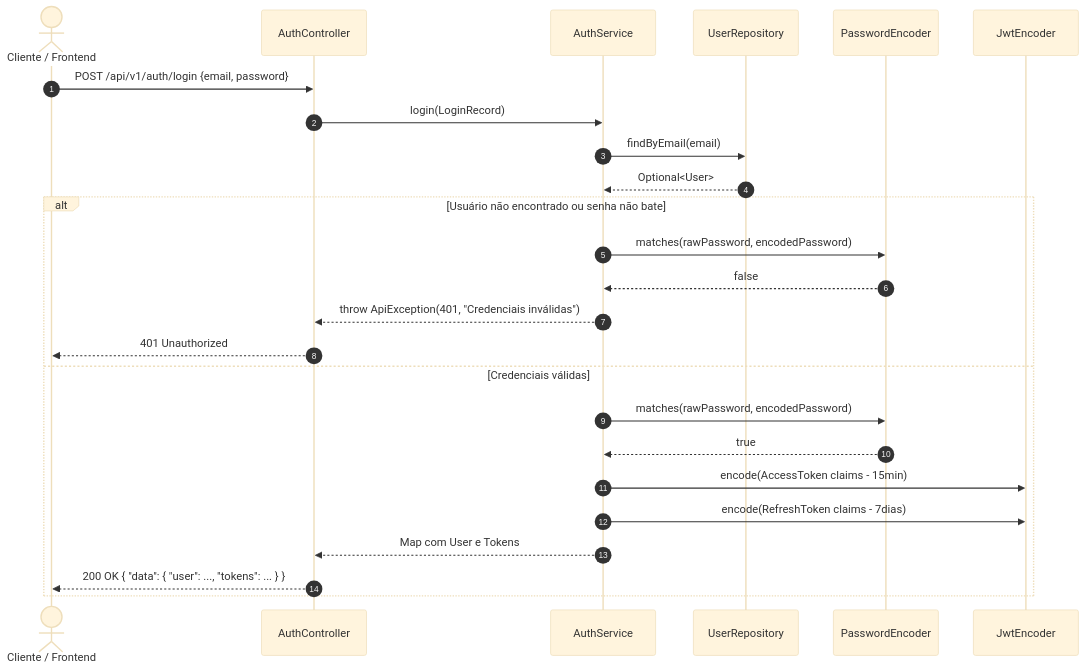
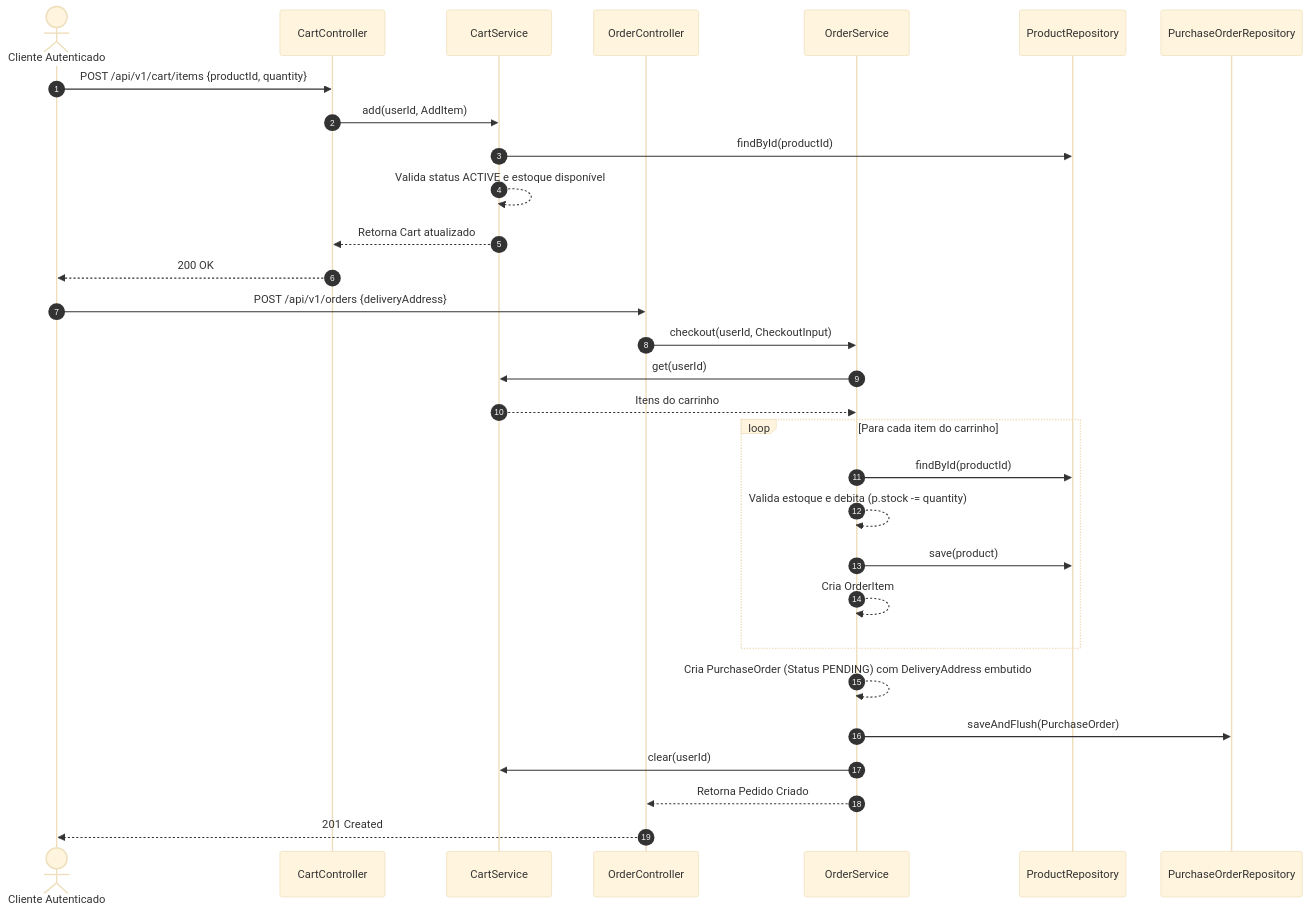
One commit to marcosfshirafuchi/Alura-Spec-Driven-Development-Java-Sem-Docker changed the third of 4 diagrams in docs/arquitetura-do-sistema.md. Above: the diagram before and after it, drawn with Mermaid (base theme). The commit also changed other lines of this file and 10 other files, not shown here.

````diff
--- a/docs/arquitetura-do-sistema.md
+++ b/docs/arquitetura-do-sistema.md
@@ -167,28 +203,34 @@
 ```mermaid
 sequenceDiagram
     autonumber
-    actor User as Cliente / Frontend
-    participant AC as AuthController
-    participant AS as AuthService
-    participant UR as UserRepository
-    participant PE as PasswordEncoder
-    participant JE as JwtEncoder
+    actor User as Cliente Autenticado
+    participant CC as CartController
+    participant CS as CartService
+    participant OC as OrderController
+    participant OS as OrderService
+    participant PR as ProductRepository
+    participant OR as PurchaseOrderRepository
 
-    User->>AC: POST /api/v1/auth/login {email, password}
-    AC->>AS: login(LoginRecord)
-    AS->>UR: findByEmail(email)
-    UR-->>AS: Optional<User>
-    alt Usuário não encontrado ou senha não bate
-        AS->>PE: matches(rawPassword, encodedPassword)
-        PE-->>AS: false
-        AS-->>AC: throw ApiException(401, "Credenciais inválidas")
-        AC-->>User: 401 Unauthorized
-    else Credenciais válidas
-        AS->>PE: matches(rawPassword, encodedPassword)
-        PE-->>AS: true
-        AS->>JE: encode(AccessToken claims - 15min)
-        AS->>JE: encode(RefreshToken claims - 7dias)
-        AS-->>AC: Map com User e Tokens
-        AC-->>User: 200 OK { "data": { "user": ..., "tokens": ... } }
+    User->>CC: POST /api/v1/cart/items {productId, quantity}
+    CC->>CS: add(userId, AddItem)
+    CS->>PR: findById(productId)
+    CS-->>CS: Valida status ACTIVE e estoque disponível
+    CS-->>CC: Retorna Cart atualizado
+    CC-->>User: 200 OK
+
+    User->>OC: POST /api/v1/orders {deliveryAddress}
+    OC->>OS: checkout(userId, CheckoutInput)
+    OS->>CS: get(userId)
+    CS-->>OS: Itens do carrinho
+    loop Para cada item do carrinho
+        OS->>PR: findById(productId)
+        OS-->>OS: Valida estoque e debita (p.stock -= quantity)
+        OS->>PR: save(product)
+        OS-->>OS: Cria OrderItem
     end
+    OS-->>OS: Cria PurchaseOrder (Status PENDING) com DeliveryAddress embutido
+    OS->>OR: saveAndFlush(PurchaseOrder)
+    OS->>CS: clear(userId)
+    OS-->>OC: Retorna Pedido Criado
+    OC-->>User: 201 Created
 ```
````
